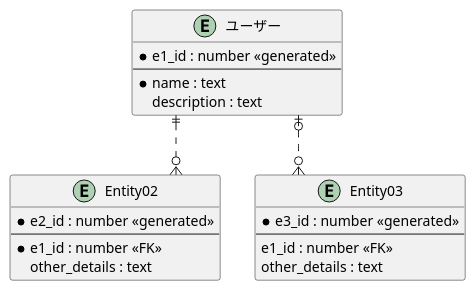
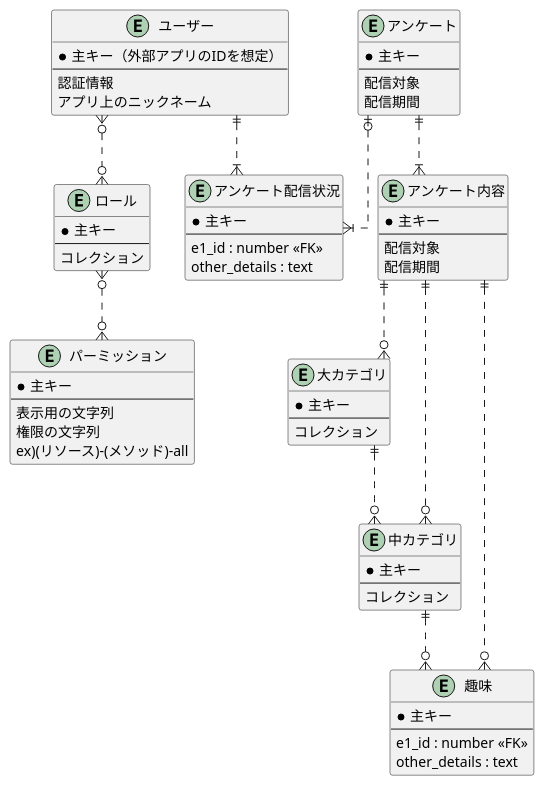
Before and after one commit to saki-0000/hobby-matchig: the diagram in doc/ER/index.pu, drawn with PlantUML.

Commit message:
ER図更新

```diff
--- a/doc/ER/index.pu
+++ b/doc/ER/index.pu
@@ -1,31 +1,79 @@
 @startuml
 
 
 ' avoid problems with angled crows feet
 skinparam linetype ortho
 
 entity "ユーザー" as e01 {
-  *e1_id : number <<generated>>
+  *主キー（外部アプリのIDを想定）
   --
-  *name : text
-  description : text
+  認証情報
+  アプリ上のニックネーム
 }
 
-entity "Entity02" as e02 {
-  *e2_id : number <<generated>>
+entity "ロール" as e02 {
+  *主キー
   --
-  *e1_id : number <<FK>>
-  other_details : text
+  コレクション
 }
 
-entity "Entity03" as e03 {
-  *e3_id : number <<generated>>
+entity "パーミッション" as e03 {
+  *主キー
+  --
+  表示用の文字列
+  権限の文字列
+  ex)(リソース)-(メソッド)-all
+}
+
+entity "大カテゴリ" as e04 {
+  *主キー
+  --
+  コレクション
+}
+
+entity "中カテゴリ" as e05 {
+  *主キー
+  --
+  コレクション
+}
+
+entity "趣味" as e06 {
+  *主キー
   --
   e1_id : number <<FK>>
   other_details : text
 }
 
-e01 ||..o{ e02
-e01 |o..o{ e03
+entity "アンケート" as e07 {
+  *主キー
+  --
+  配信対象
+  配信期間
+}
+
+entity "アンケート内容" as e08 {
+  *主キー
+  --
+  配信対象
+  配信期間
+}
+
+entity "アンケート配信状況" as e09 {
+  *主キー
+  --
+  e1_id : number <<FK>>
+  other_details : text
+}
+
+e01 }o..o{ e02
+e02 }o..o{ e03
+e04 ||..o{ e05
+e05 ||..o{ e06
+e07 ||..|{ e08
+e08 ||..o{ e04
+e08 ||..o{ e05
+e08 ||..o{ e06
+e01 ||..|{ e09
+e07 |o..|{ e09
 
 @enduml
```
